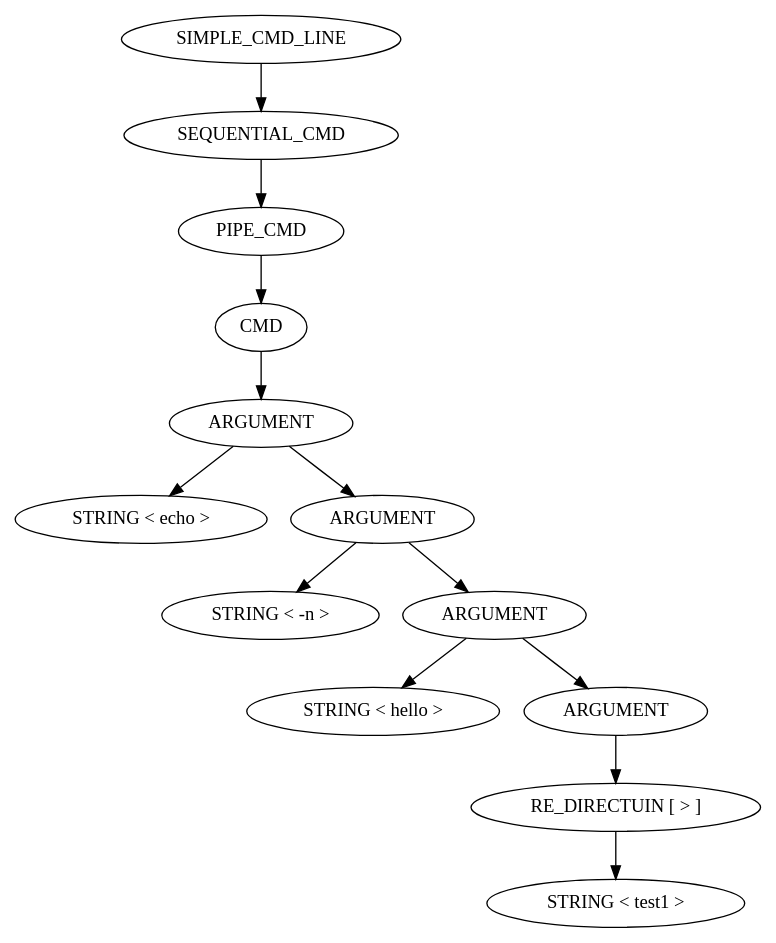
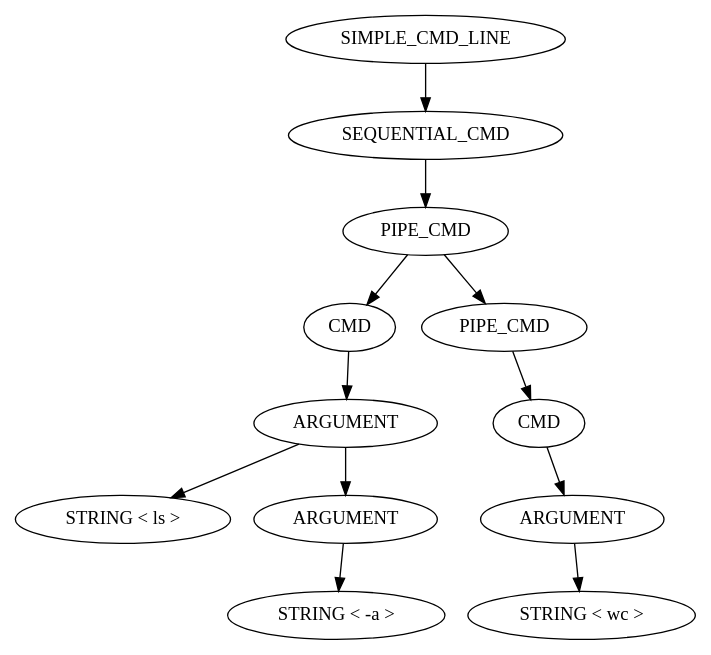
Before and after one commit to Glimbyte/exoshell: the diagram in parser.dot, drawn with Graphviz. The commit also changed 23 other files, not shown here.

```diff
--- a/parser.dot
+++ b/parser.dot
@@ -1,27 +1,25 @@
 digraph PARSER {
-	NODE_0x15a904680 [label="SIMPLE_CMD_LINE\n"];
-	NODE_0x15a904680 -> NODE_0x15a904660
-	NODE_0x15a904660 [label="SEQUENTIAL_CMD\n"];
-	NODE_0x15a904660 -> NODE_0x15a904640
-	NODE_0x15a904640 [label="PIPE_CMD\n"];
-	NODE_0x15a904640 -> NODE_0x15a904620
-	NODE_0x15a904620 [label="CMD\n"];
-	NODE_0x15a904620 -> NODE_0x15a904600
-	NODE_0x15a904600 [label="ARGUMENT\n"];
-	NODE_0x15a904600 -> NODE_0x15a904500
-	NODE_0x15a904600 -> NODE_0x15a9045e0
-	NODE_0x15a904500 [label="STRING < echo >\n"];
-	NODE_0x15a9045e0 [label="ARGUMENT\n"];
-	NODE_0x15a9045e0 -> NODE_0x15a904520
-	NODE_0x15a9045e0 -> NODE_0x15a9045c0
-	NODE_0x15a904520 [label="STRING < -n >\n"];
-	NODE_0x15a9045c0 [label="ARGUMENT\n"];
-	NODE_0x15a9045c0 -> NODE_0x15a904540
-	NODE_0x15a9045c0 -> NODE_0x15a9045a0
-	NODE_0x15a904540 [label="STRING < hello >\n"];
-	NODE_0x15a9045a0 [label="ARGUMENT\n"];
-	NODE_0x15a9045a0 -> NODE_0x15a904560
-	NODE_0x15a904560 [label="RE_DIRECTUIN [ > ]\n"];
-	NODE_0x15a904560 -> NODE_0x15a904580
-	NODE_0x15a904580 [label="STRING < test1 >\n"];
+	NODE_0x12e804300 [label="SIMPLE_CMD_LINE\n"];
+	NODE_0x12e804300 -> NODE_0x12e8042e0
+	NODE_0x12e8042e0 [label="SEQUENTIAL_CMD\n"];
+	NODE_0x12e8042e0 -> NODE_0x12e804240
+	NODE_0x12e804240 [label="PIPE_CMD\n"];
+	NODE_0x12e804240 -> NODE_0x12e804220
+	NODE_0x12e804240 -> NODE_0x12e8042c0
+	NODE_0x12e804220 [label="CMD\n"];
+	NODE_0x12e804220 -> NODE_0x12e804200
+	NODE_0x12e804200 [label="ARGUMENT\n"];
+	NODE_0x12e804200 -> NODE_0x12e8041a0
+	NODE_0x12e804200 -> NODE_0x12e8041e0
+	NODE_0x12e8041a0 [label="STRING < ls >\n"];
+	NODE_0x12e8041e0 [label="ARGUMENT\n"];
+	NODE_0x12e8041e0 -> NODE_0x12e8041c0
+	NODE_0x12e8041c0 [label="STRING < -a >\n"];
+	NODE_0x12e8042c0 [label="PIPE_CMD\n"];
+	NODE_0x12e8042c0 -> NODE_0x12e8042a0
+	NODE_0x12e8042a0 [label="CMD\n"];
+	NODE_0x12e8042a0 -> NODE_0x12e804280
+	NODE_0x12e804280 [label="ARGUMENT\n"];
+	NODE_0x12e804280 -> NODE_0x12e804260
+	NODE_0x12e804260 [label="STRING < wc >\n"];
 }
```
